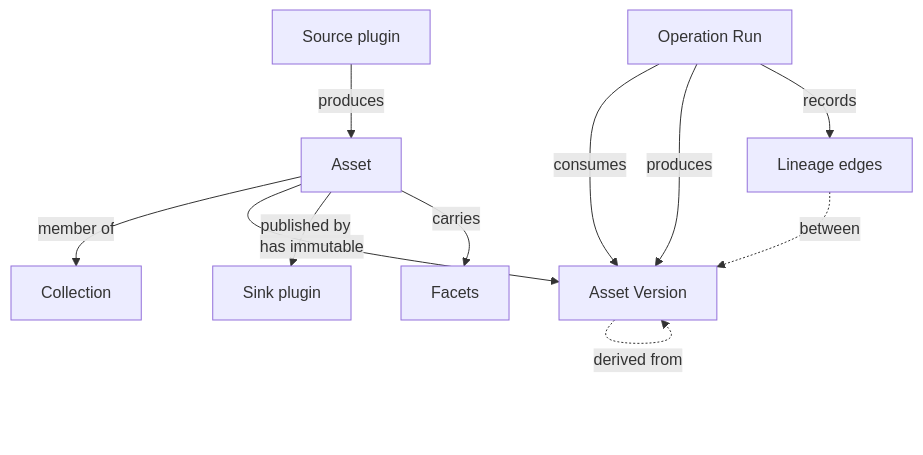
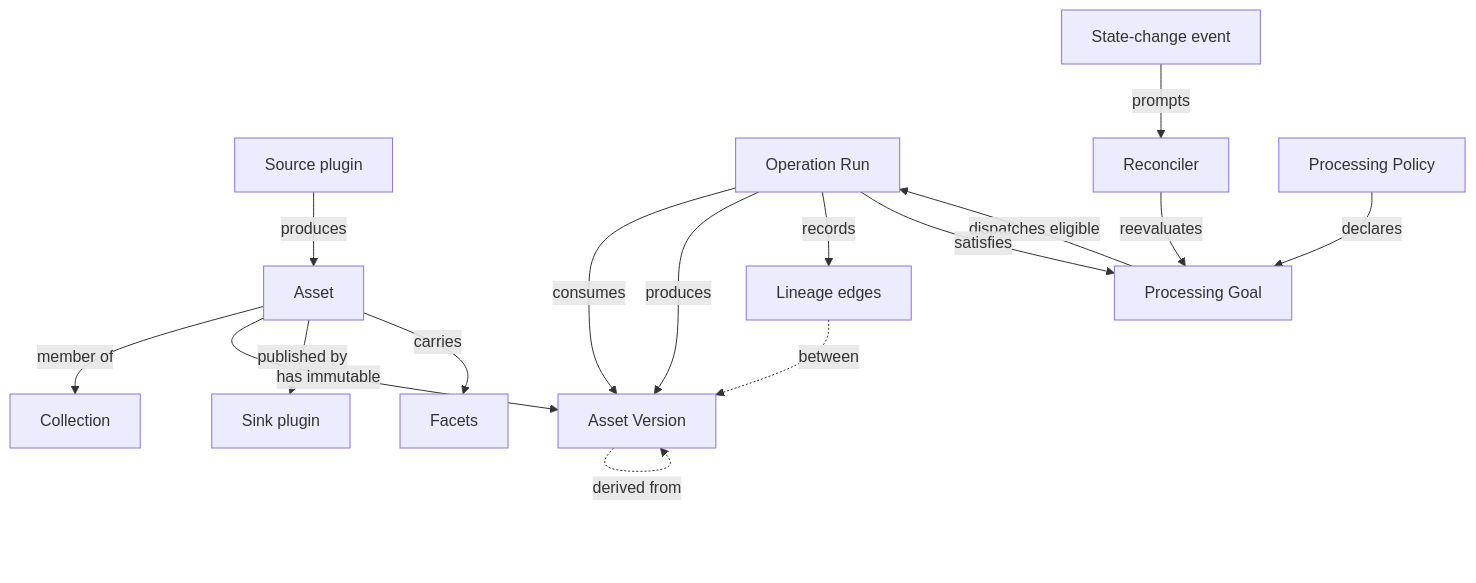
The first of 2 diagrams in docs/architecture/README.md (sidereal-io/sidereal), drawn with Mermaid before and after one commit. The commit also changed other lines of this file and 2 other files, not shown here.

Commit message:
docs: adopt declarative processing reconciliation

````diff
--- a/docs/architecture/README.md
+++ b/docs/architecture/README.md
@@ -102,13 +103,18 @@
 ```mermaid
 graph TD
     S[Source plugin] -->|produces| A[Asset]
     A -->|member of| C[Collection]
     A -->|has immutable| AV[Asset Version]
     AV -.->|derived from| AV
     OR[Operation Run] -->|consumes| AV
     OR -->|produces| AV
     OR -->|records| L[Lineage edges]
+    E[State-change event] -->|prompts| R[Reconciler]
+    P[Processing Policy] -->|declares| G[Processing Goal]
+    R -->|reevaluates| G
+    G -->|dispatches eligible| OR
+    OR -->|satisfies| G
     L -.->|between| AV
     A -->|published by| K[Sink plugin]
     A -->|carries| F[Facets]
 ```
````
